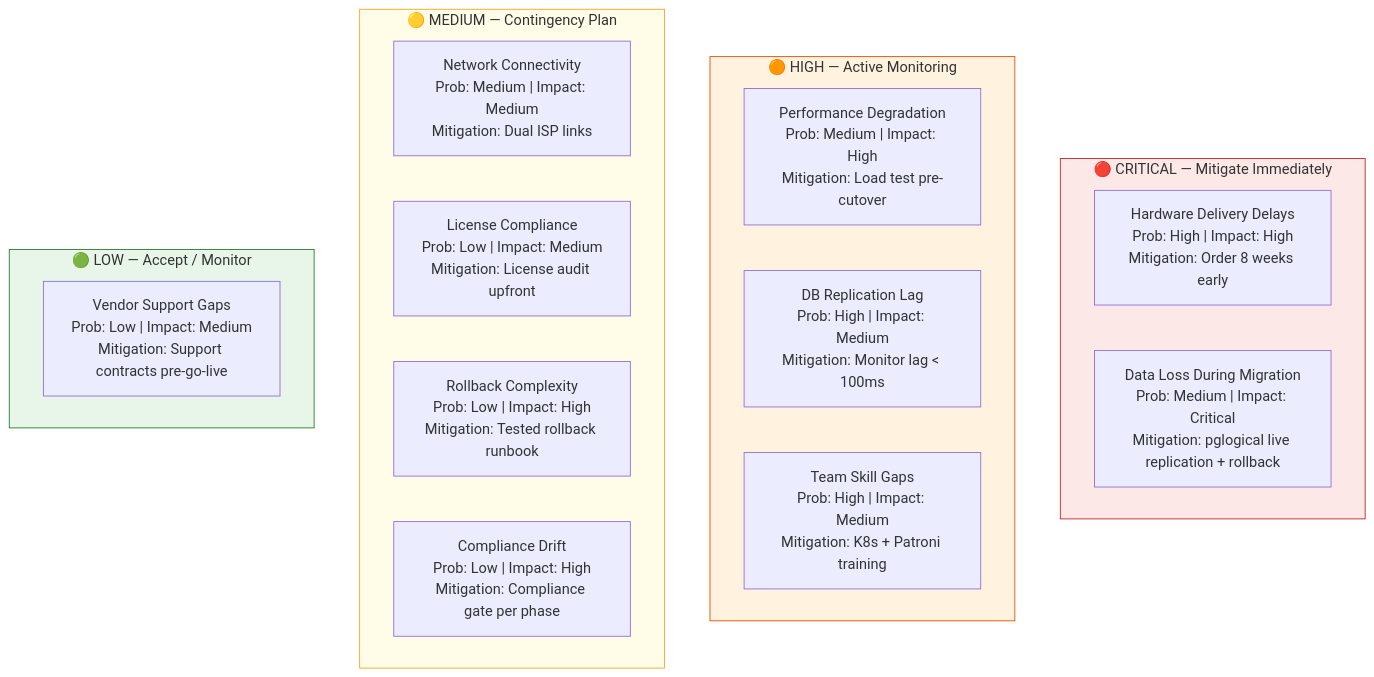
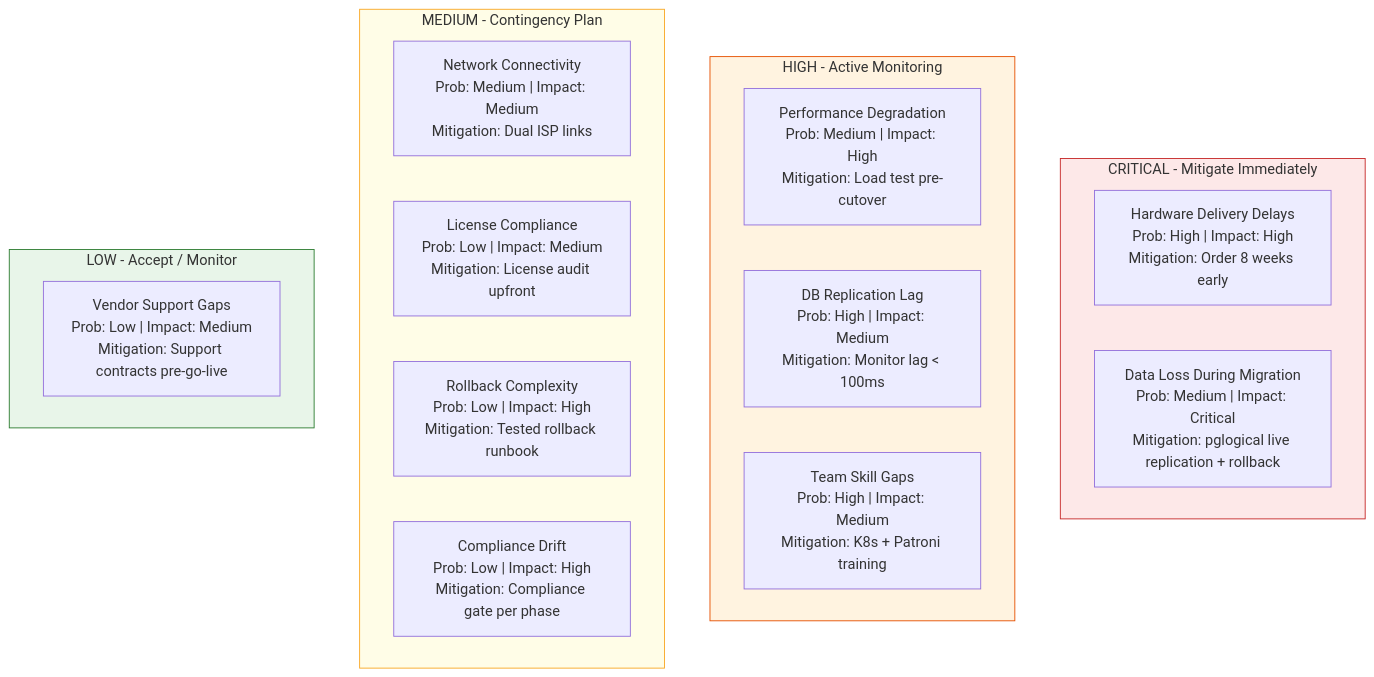
Before and after one commit to Shasi19/Azure-VxRail-VMware-Migration: the fifth of 6 diagrams in docs/Volume-2-Migration-Strategy/01-Migration-Overview.md, drawn with Mermaid. The commit also changed other lines of this file and 7 other files, not shown here.

First line of the commit message:
Fix all remaining Mermaid render issues across all files

````diff
--- a/docs/Volume-2-Migration-Strategy/01-Migration-Overview.md
+++ b/docs/Volume-2-Migration-Strategy/01-Migration-Overview.md
@@ -255,26 +255,26 @@
 ```mermaid
 graph TD
-    subgraph CRITICAL["🔴 CRITICAL — Mitigate Immediately"]
+    subgraph CRITICAL["CRITICAL  -  Mitigate Immediately"]
         R1["Hardware Delivery Delays\nProb: High | Impact: High\nMitigation: Order 8 weeks early"]
         R2["Data Loss During Migration\nProb: Medium | Impact: Critical\nMitigation: pglogical live replication + rollback"]
     end
-    subgraph HIGH["🟠 HIGH — Active Monitoring"]
+    subgraph HIGH["HIGH  -  Active Monitoring"]
         R3["Performance Degradation\nProb: Medium | Impact: High\nMitigation: Load test pre-cutover"]
         R4["DB Replication Lag\nProb: High | Impact: Medium\nMitigation: Monitor lag < 100ms"]
         R5["Team Skill Gaps\nProb: High | Impact: Medium\nMitigation: K8s + Patroni training"]
     end
-    subgraph MEDIUM["🟡 MEDIUM — Contingency Plan"]
+    subgraph MEDIUM["MEDIUM  -  Contingency Plan"]
         R6["Network Connectivity\nProb: Medium | Impact: Medium\nMitigation: Dual ISP links"]
         R7["License Compliance\nProb: Low | Impact: Medium\nMitigation: License audit upfront"]
         R8["Rollback Complexity\nProb: Low | Impact: High\nMitigation: Tested rollback runbook"]
         R9["Compliance Drift\nProb: Low | Impact: High\nMitigation: Compliance gate per phase"]
     end
-    subgraph LOW["🟢 LOW — Accept / Monitor"]
+    subgraph LOW["LOW  -  Accept / Monitor"]
         R10["Vendor Support Gaps\nProb: Low | Impact: Medium\nMitigation: Support contracts pre-go-live"]
     end
 
     style CRITICAL fill:#fde8e8,stroke:#c62828
     style HIGH fill:#fff3e0,stroke:#e65100
     style MEDIUM fill:#fffde7,stroke:#f9a825
     style LOW fill:#e8f5e9,stroke:#2e7d32
 ```
````
